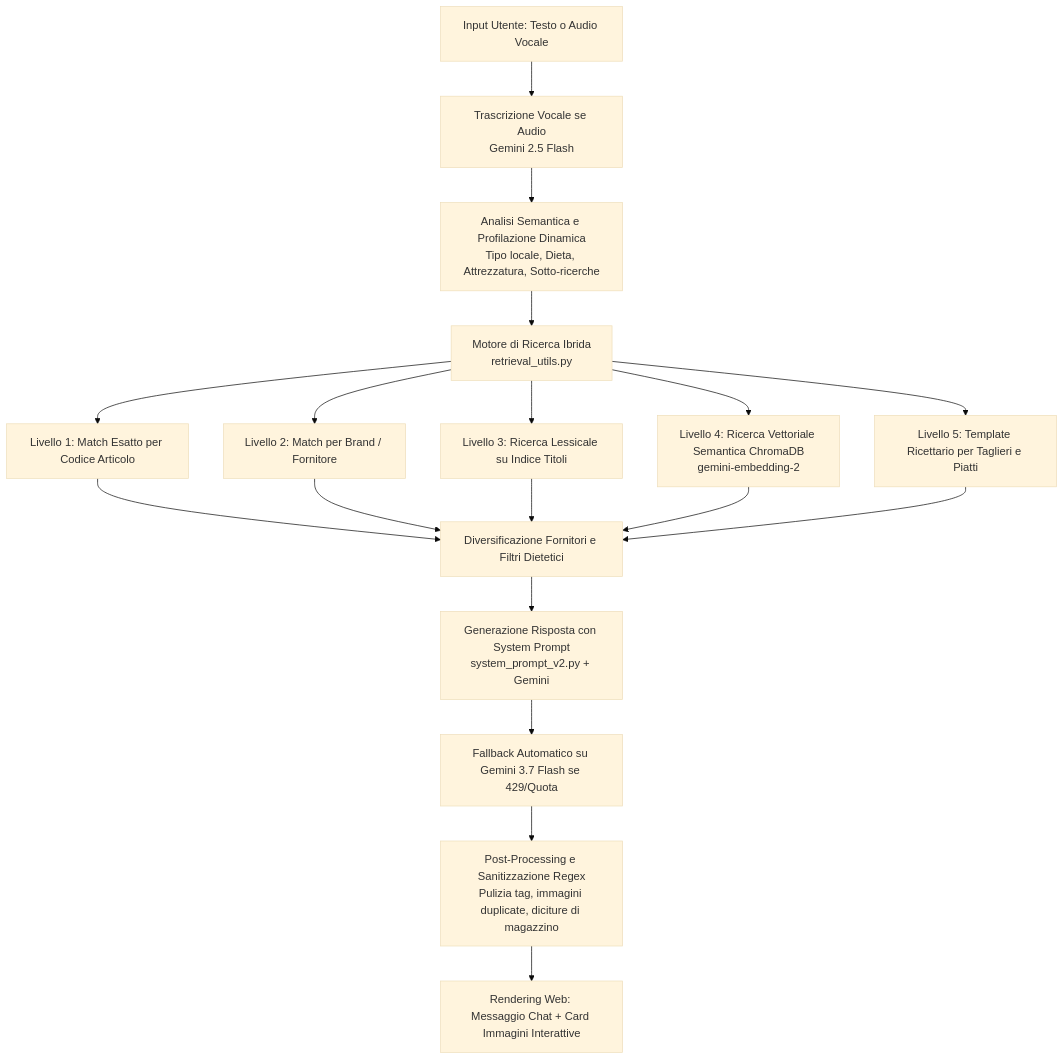
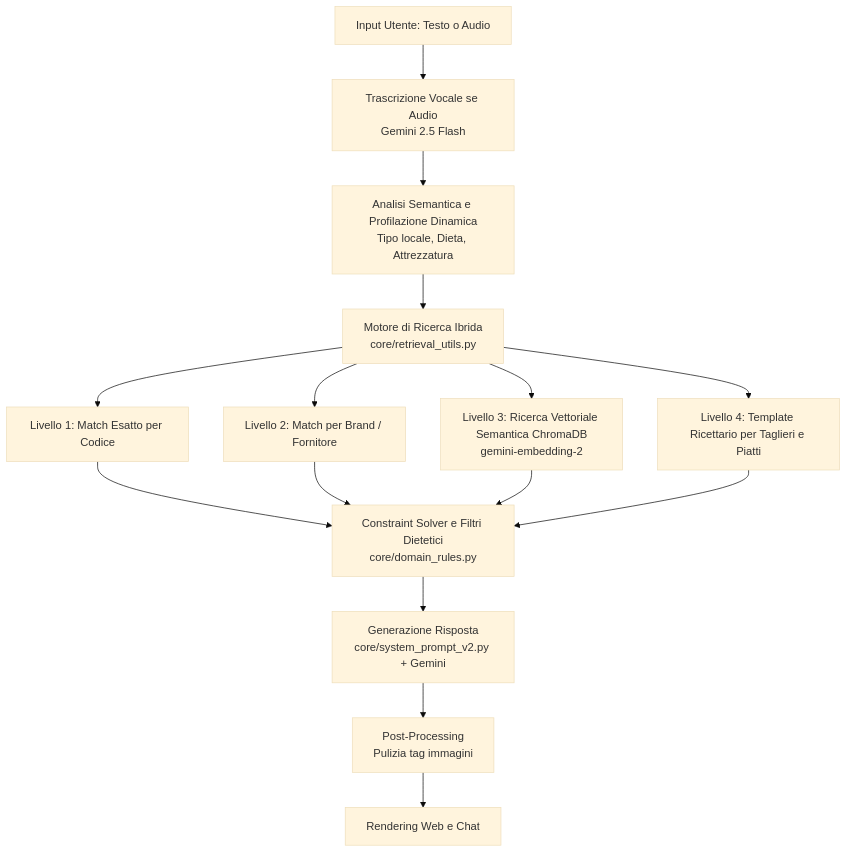
One commit to Michele1406/bot_embedding2 changed the diagram in README.md. Above: the diagram before and after it, drawn with Mermaid (base theme). The commit also changed other lines of this file, not shown here.

Commit message:
Completamente riscritto il README con obiettivi B2B e rimossi bug stupidi

````diff
--- a/README.md
+++ b/README.md
@@ -30,16 +39,14 @@
 ```mermaid
 flowchart TD
-    A[Input Utente: Testo o Audio Vocale] --> B[Trascrizione Vocale se Audio\nGemini 2.5 Flash]
-    B --> C[Analisi Semantica e Profilazione Dinamica\nTipo locale, Dieta, Attrezzatura, Sotto-ricerche]
-    C --> D[Motore di Ricerca Ibrida\nretrieval_utils.py]
-    D --> E[Livello 1: Match Esatto per Codice Articolo]
+    A[Input Utente: Testo o Audio] --> B[Trascrizione Vocale se Audio\nGemini 2.5 Flash]
+    B --> C[Analisi Semantica e Profilazione Dinamica\nTipo locale, Dieta, Attrezzatura]
+    C --> D[Motore di Ricerca Ibrida\ncore/retrieval_utils.py]
+    D --> E[Livello 1: Match Esatto per Codice]
     D --> F[Livello 2: Match per Brand / Fornitore]
-    D --> G[Livello 3: Ricerca Lessicale su Indice Titoli]
-    D --> H[Livello 4: Ricerca Vettoriale Semantica ChromaDB\ngemini-embedding-2]
-    D --> I[Livello 5: Template Ricettario per Taglieri e Piatti]
-    E & F & G & H & I --> J[Diversificazione Fornitori e Filtri Dietetici]
-    J --> K[Generazione Risposta con System Prompt\nsystem_prompt_v2.py + Gemini]
-    K --> L[Fallback Automatico su Gemini 3.7 Flash se 429/Quota]
-    L --> M[Post-Processing e Sanitizzazione Regex\nPulizia tag, immagini duplicate, diciture di magazzino]
-    M --> N[Rendering Web: Messaggio Chat + Card Immagini Interattive]
+    D --> G[Livello 3: Ricerca Vettoriale Semantica ChromaDB\ngemini-embedding-2]
+    D --> H[Livello 4: Template Ricettario per Taglieri e Piatti]
+    E & F & G & H --> I[Constraint Solver e Filtri Dietetici\ncore/domain_rules.py]
+    I --> J[Generazione Risposta\ncore/system_prompt_v2.py + Gemini]
+    J --> K[Post-Processing\nPulizia tag immagini]
+    K --> L[Rendering Web e Chat]
 ```
````
